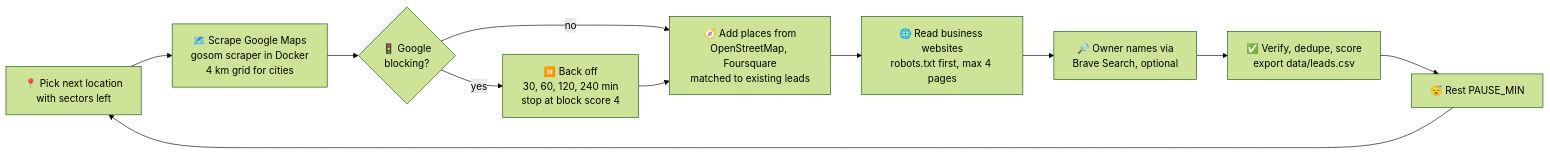
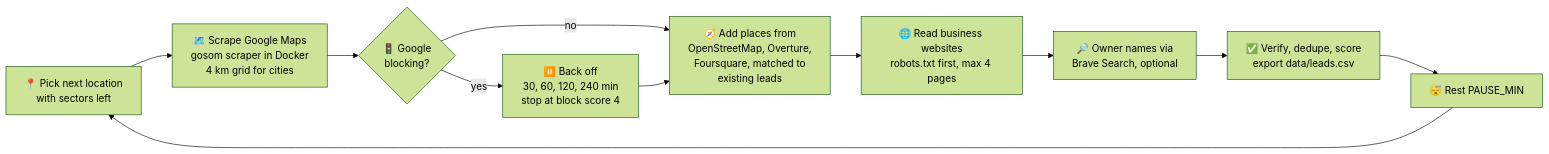
One commit to Sahilsonii/Lead-Watch changed the diagram in README.md. Above: the diagram before and after it, drawn with Mermaid (forest theme). The commit also changed other lines of this file and 13 other files, not shown here.

First line of the commit message:
feat: Overture Maps places as a fourth source

````diff
--- a/README.md
+++ b/README.md
@@ -50,13 +50,13 @@
 ```mermaid
 flowchart LR
     A["📍 Pick next location<br/>with sectors left"] --> B["🗺️ Scrape Google Maps<br/>gosom scraper in Docker<br/>4 km grid for cities"]
     B --> C{"🚦 Google<br/>blocking?"}
     C -- yes --> P["⏸️ Back off<br/>30, 60, 120, 240 min<br/>stop at block score 4"]
-    C -- no --> S["🧭 Add places from<br/>OpenStreetMap, Foursquare<br/>matched to existing leads"]
+    C -- no --> S["🧭 Add places from<br/>OpenStreetMap, Overture,<br/>Foursquare, matched to<br/>existing leads"]
     P --> S
     S --> D["🌐 Read business websites<br/>robots.txt first, max 4 pages"]
     D --> E["🔎 Owner names via<br/>Brave Search, optional"]
     E --> F["✅ Verify, dedupe, score<br/>export data/leads.csv"]
     F --> R["😴 Rest PAUSE_MIN"]
     R --> A
 ```
````
